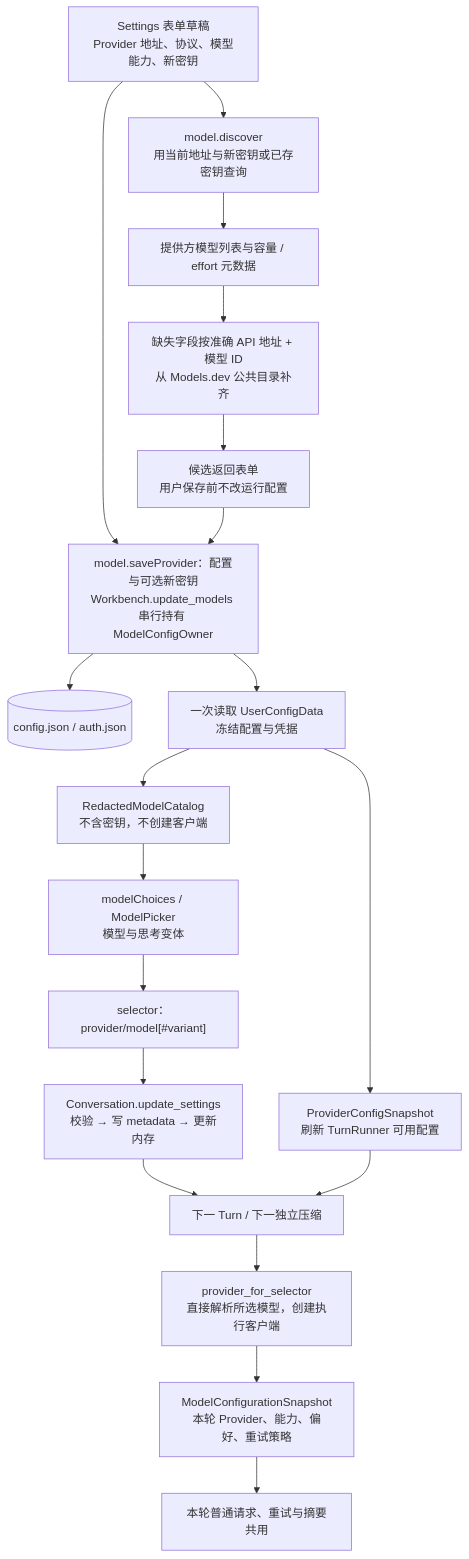
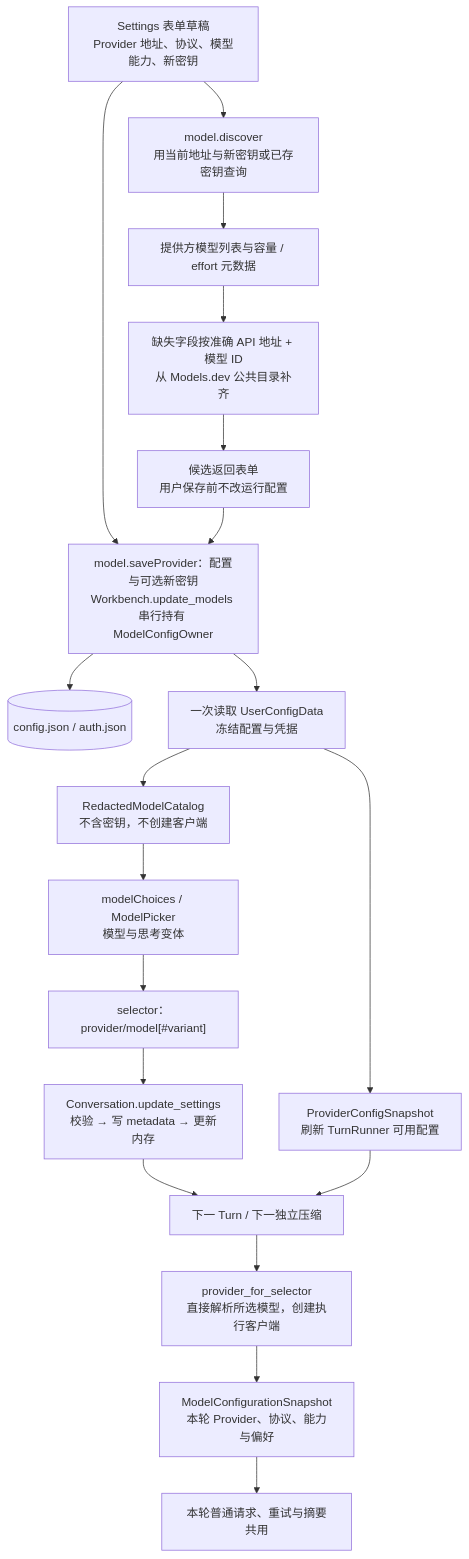
Diagram 18 of 29 in docs/singularity.md (qjcnmd/singularity-agent), drawn with Mermaid before and after one commit. The commit also changed other lines of this file and 32 other files, not shown here.

````diff
--- a/docs/singularity.md
+++ b/docs/singularity.md
@@ -481,21 +481,21 @@
 ```mermaid
 flowchart TB
     Form["Settings 表单草稿<br/>Provider 地址、协议、模型能力、新密钥"] --> Discover["model.discover<br/>用当前地址与新密钥或已存密钥查询"]
     Discover --> Remote["提供方模型列表与容量 / effort 元数据"]
     Remote --> Missing["缺失字段按准确 API 地址 + 模型 ID<br/>从 Models.dev 公共目录补齐"]
     Missing --> Candidates["候选返回表单<br/>用户保存前不改运行配置"]
     Form --> Save["model.saveProvider：配置与可选新密钥<br/>Workbench.update_models 串行持有 ModelConfigOwner"]
     Candidates --> Save
     Save --> Disk[("config.json / auth.json")]
     Save --> Parsed["一次读取 UserConfigData<br/>冻结配置与凭据"]
     Parsed --> ProviderSnapshot["ProviderConfigSnapshot<br/>刷新 TurnRunner 可用配置"]
     Parsed --> Catalog["RedactedModelCatalog<br/>不含密钥，不创建客户端"]
     Catalog --> Picker["modelChoices / ModelPicker<br/>模型与思考变体"]
     Picker --> Selector["selector：provider/model[#variant]"]
     Selector --> Settings["Conversation.update_settings<br/>校验 → 写 metadata → 更新内存"]
     Settings --> Next["下一 Turn / 下一独立压缩"]
     ProviderSnapshot --> Next
     Next --> Factory["provider_for_selector<br/>直接解析所选模型，创建执行客户端"]
-    Factory --> Frozen["ModelConfigurationSnapshot<br/>本轮 Provider、能力、偏好、重试策略"]
+    Factory --> Frozen["ModelConfigurationSnapshot<br/>本轮 Provider、协议、能力与偏好"]
     Frozen --> Requests["本轮普通请求、重试与摘要共用"]
 ```
````
